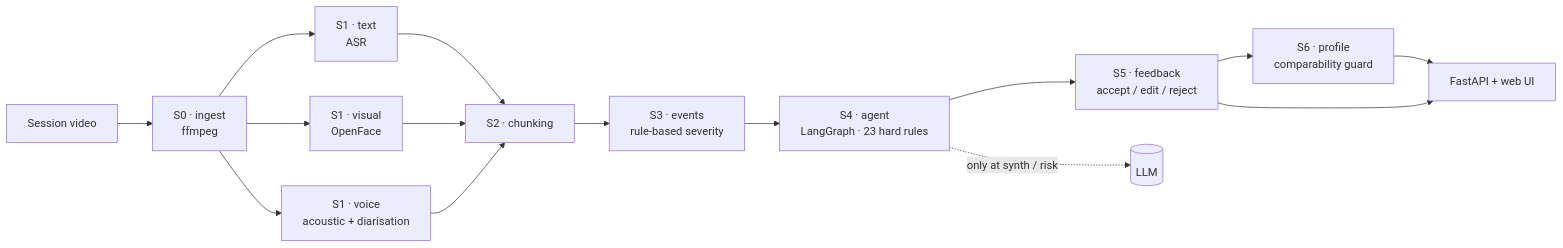
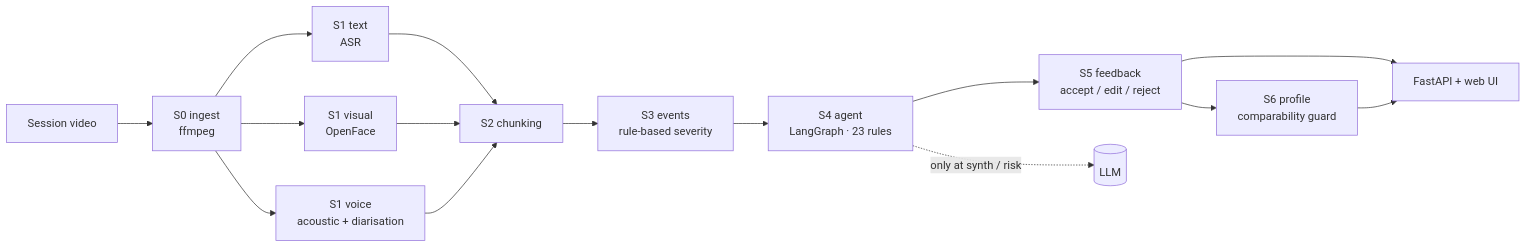
Before and after one commit to LuYuan-Zjyy/psycon-assist: the diagram in README.md, drawn with Mermaid. The commit also changed other lines of this file and 30 other files, not shown here.

First line of the commit message:
refactor: split into core/ + stages/, harden web API (v0.2)

````diff
--- a/README.md
+++ b/README.md
@@ -36,20 +59,17 @@
 ```mermaid
 flowchart LR
-    V["Session video"] --> S0["S0 · ingest<br/>ffmpeg"]
-    S0 --> S1A["S1 · text<br/>ASR"]
-    S0 --> S1B["S1 · visual<br/>OpenFace"]
-    S0 --> S1C["S1 · voice<br/>acoustic + diarisation"]
-
-    S1A --> S2["S2 · chunking"]
+    V["Session video"] --> S0["S0 ingest<br/>ffmpeg"]
+    S0 --> S1A["S1 text<br/>ASR"]
+    S0 --> S1B["S1 visual<br/>OpenFace"]
+    S0 --> S1C["S1 voice<br/>acoustic + diarisation"]
+    S1A --> S2["S2 chunking"]
     S1B --> S2
     S1C --> S2
-
-    S2 --> S3["S3 · events<br/>rule-based severity"]
-    S3 --> S4["S4 · agent<br/>LangGraph · 23 hard rules"]
-    S4 --> S5["S5 · feedback<br/>accept / edit / reject"]
-    S5 --> S6["S6 · profile<br/>comparability guard"]
-
+    S2 --> S3["S3 events<br/>rule-based severity"]
+    S3 --> S4["S4 agent<br/>LangGraph · 23 rules"]
+    S4 --> S5["S5 feedback<br/>accept / edit / reject"]
+    S5 --> S6["S6 profile<br/>comparability guard"]
     S4 -.->|only at synth / risk| LLM[("LLM")]
-    S6 --> UI["FastAPI + web UI"]
-    S5 --> UI
+    S5 --> UI["FastAPI + web UI"]
+    S6 --> UI
 ```
````
